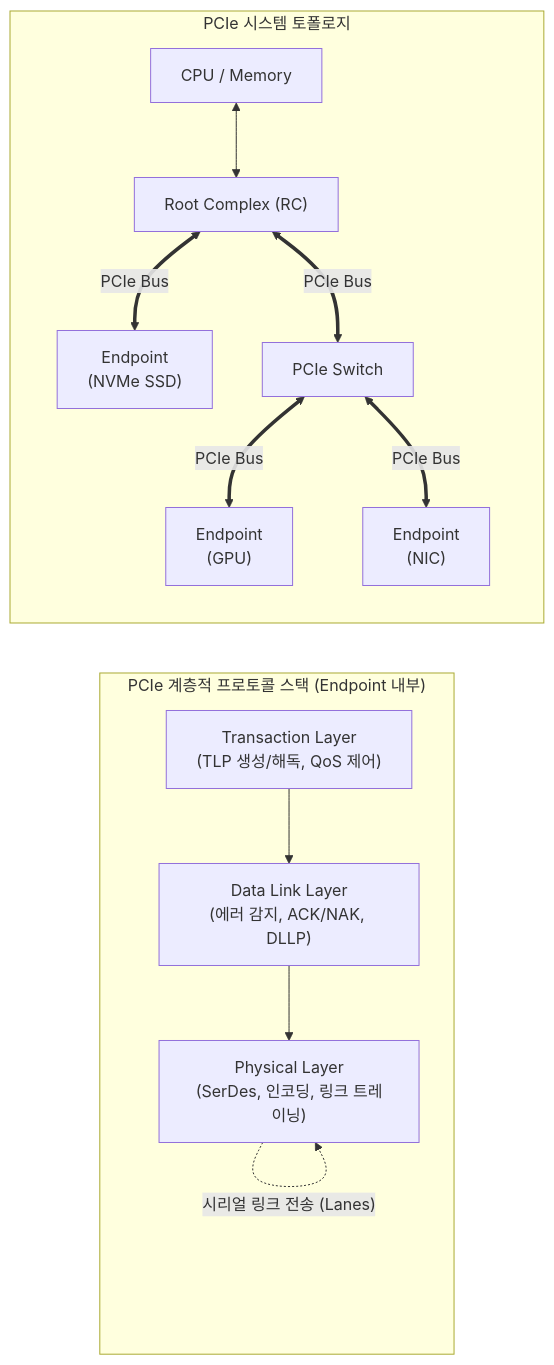
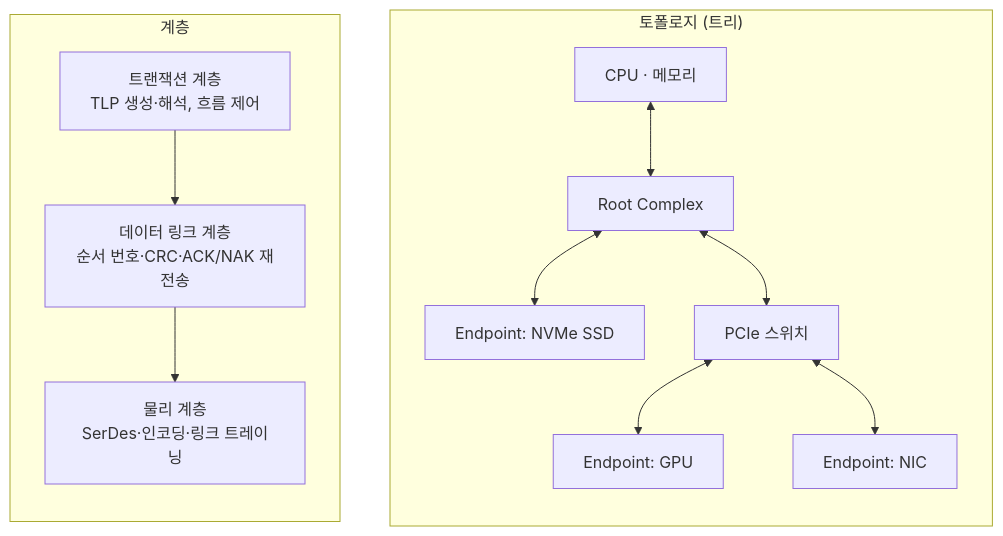
The diagram in content/01_IT Tech/PCI Express (Peripheral Component Interconnect Express).md (supremethumb/supremethumb.github.io), drawn with Mermaid before and after one commit. The commit also changed other lines of this file and 1087 other files, not shown here.

````diff
--- a/content/01_IT Tech/PCI Express (Peripheral Component Interconnect Express).md
+++ b/content/01_IT Tech/PCI Express (Peripheral Component Interconnect Express).md
@@ -29,31 +37,15 @@
 ```mermaid
-flowchart TD
-    subgraph Topology ["PCIe 시스템 토폴로지"]
+flowchart TB
+    subgraph TOPO["토폴로지 (트리)"]
         direction TB
-        CPU["CPU / Memory"]
-        RC["Root Complex (RC)"]
-        SW["PCIe Switch"]
-        EP1["Endpoint<br/>(NVMe SSD)"]
-        EP2["Endpoint<br/>(GPU)"]
-        EP3["Endpoint<br/>(NIC)"]
-        
-        CPU <--> RC
-        RC <== "PCIe Bus" ==> EP1
-        RC <== "PCIe Bus" ==> SW
-        SW <== "PCIe Bus" ==> EP2
-        SW <== "PCIe Bus" ==> EP3
+        CPU["CPU · 메모리"] <--> RC["Root Complex"]
+        RC <--> EP1["Endpoint: NVMe SSD"]
+        RC <--> SW["PCIe 스위치"]
+        SW <--> EP2["Endpoint: GPU"]
+        SW <--> EP3["Endpoint: NIC"]
     end
-
-    subgraph Layer_Stack ["PCIe 계층적 프로토콜 스택 (Endpoint 내부)"]
+    subgraph STACK["계층"]
         direction TB
-        TL["Transaction Layer<br/>(TLP 생성/해독, QoS 제어)"]
-        DLL["Data Link Layer<br/>(에러 감지, ACK/NAK, DLLP)"]
-        PHY["Physical Layer<br/>(SerDes, 인코딩, 링크 트레이닝)"]
-        
-        TL --> DLL --> PHY
-        PHY -. "시리얼 링크 전송 (Lanes)" .-> PHY
+        TL["트랜잭션 계층<br/>TLP 생성·해석, 흐름 제어"] --> DLL["데이터 링크 계층<br/>순서 번호·CRC·ACK/NAK 재전송"] --> PHY["물리 계층<br/>SerDes·인코딩·링크 트레이닝"]
     end
-    
-    Topology ~~~ Layer_Stack
-
 ```
````
